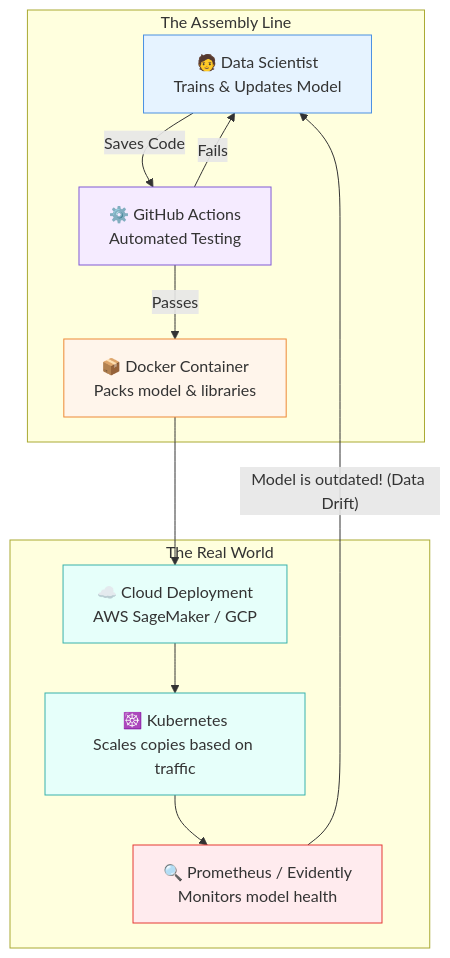
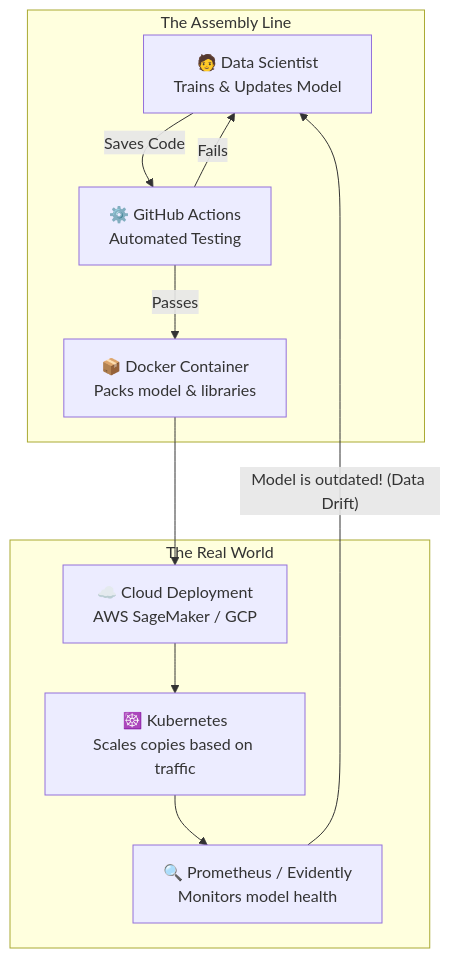
The diagram in line06_tooling_deployment.md (vdonthireddy/ai-knowledge-base), drawn with Mermaid before and after one commit. The commit also changed 30 other files, not shown here.

Commit message:
chore: Rename files and fix mermaid diagram styles for dark mode compatibility

````diff
--- a/line06_tooling_deployment.md
+++ b/line06_tooling_deployment.md
@@ -90,25 +90,19 @@
 ```mermaid
 graph TD
     A[🧑 Data Scientist<br/>Trains & Updates Model] -->|Saves Code| B[⚙️ GitHub Actions<br/>Automated Testing]
     
     subgraph The Assembly Line
     B -->|Fails| A
     B -->|Passes| C[📦 Docker Container<br/>Packs model & libraries]
     end
     
     C --> D[☁️ Cloud Deployment<br/>AWS SageMaker / GCP]
     
     subgraph The Real World
     D --> E[☸️ Kubernetes<br/>Scales copies based on traffic]
     E --> F[🔍 Prometheus / Evidently<br/>Monitors model health]
     end
     
     F -- "Model is outdated! (Data Drift)" --> A
     
-    style A fill:#e6f3ff,stroke:#4a90e2
-    style B fill:#f5ebff,stroke:#805ad5
-    style C fill:#fff5eb,stroke:#ed8936
-    style D fill:#e6fffa,stroke:#38b2ac
-    style E fill:#e6fffa,stroke:#38b2ac
-    style F fill:#ffebee,stroke:#e53935
 ```
````
